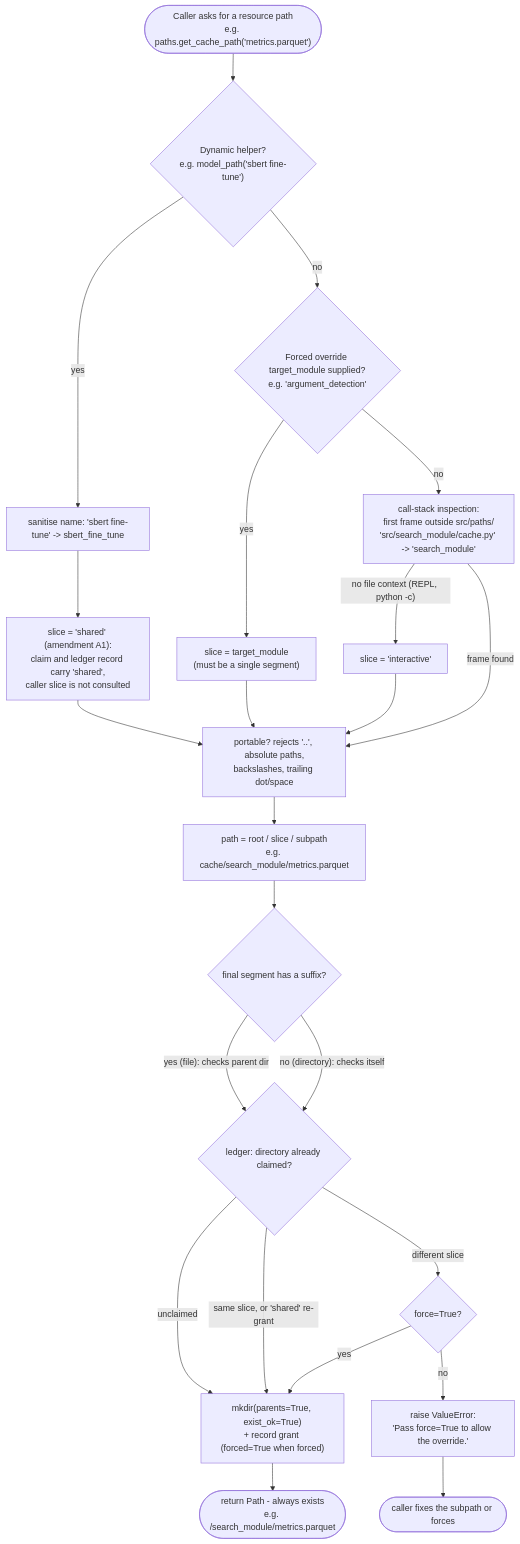
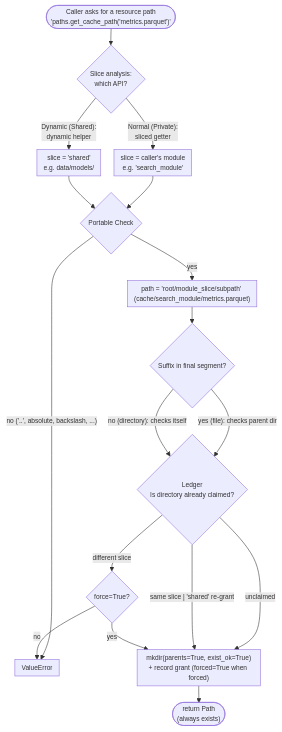
Before and after one commit to igor-sosnowicz/contradictor: the diagram in docs/UPS.md, drawn with Mermaid. The commit also changed other lines of this file and 11 other files, not shown here.

````diff
--- a/docs/UPS.md
+++ b/docs/UPS.md
@@ -39,33 +39,26 @@
 ```mermaid
+%%{init: { "theme": "default", "themeVariables": { "fontSize": "12px" }, "flowchart": { "nodeSpacing": 24, "rankSpacing": 30, "padding": 6 } }}%%
 flowchart TD
-    START(["Caller asks for a resource path<br/>e.g. paths.get_cache_path('metrics.parquet')"]) --> HELPER{"Dynamic helper?<br/>e.g. model_path('sbert fine-tune')"}
+    START(["Caller asks for a resource path<br/>'paths.get_cache_path('metrics.parquet')'"]) --> SA{"Slice analysis:<br/>which API?"}
 
-    HELPER -- yes --> NAME["sanitise name: 'sbert fine-tune' -> sbert_fine_tune"]
-    NAME --> SHARED["slice = 'shared' (amendment A1):<br/>claim and ledger record carry 'shared',<br/>caller slice is not consulted"]
+    SA -- "Normal (Private):<br/>sliced getter" --> PRIV["slice = caller's module<br/>e.g. 'search_module'"]
+    SA -- "Dynamic (Shared):<br/>dynamic helper" --> SHR["slice = 'shared'<br/>e.g. data/models/"]
 
-    HELPER -- no --> TM{"Forced override target_module supplied?<br/>e.g. 'argument_detection'"}
-    TM -- yes --> OVERRIDE["slice = target_module<br/>(must be a single segment)"]
-    TM -- no --> STACK["call-stack inspection:<br/>first frame outside src/paths/<br/>'src/search_module/cache.py' -> 'search_module'"]
-    STACK -- "no file context (REPL, python -c)" --> INTER["slice = 'interactive'"]
+    PRIV --> GUARD{"Portable Check"}
+    SHR --> GUARD
+    GUARD -- "no ('..', absolute, backslash, ...)" --> ERR["ValueError"]
+    GUARD -- yes --> SHAPE["path = 'root/module_slice/subpath' (cache/search_module/metrics.parquet)"]
 
-    SHARED --> GUARD
-    OVERRIDE --> GUARD
-    INTER --> GUARD
-    STACK -- frame found --> GUARD["portable? rejects '..', absolute paths,<br/>backslashes, trailing dot/space"]
-
-    GUARD --> SHAPE["path = root / slice / subpath<br/>e.g. cache/search_module/metrics.parquet"]
-
-    SHAPE --> SUFFIX{"final segment has a suffix?"}
+    SHAPE --> SUFFIX{"Suffix in final segment?"}
     SUFFIX -- "yes (file): checks parent dir" --> CLAIM
     SUFFIX -- "no (directory): checks itself" --> CLAIM
 
-    CLAIM{"ledger: directory already claimed?"}
+    CLAIM{"Ledger <br> Is directory already claimed?"}
     CLAIM -- unclaimed --> GRANT
-    CLAIM -- "same slice, or 'shared' re-grant" --> GRANT
+    CLAIM -- "same slice | 'shared' re-grant" --> GRANT
     CLAIM -- "different slice" --> FORCE{"force=True?"}
-    FORCE -- no --> ERR["raise ValueError:<br/>'Pass force=True to allow the override.'"]
+    FORCE -- no --> ERR
     FORCE -- yes --> GRANT["mkdir(parents=True, exist_ok=True)<br/>+ record grant (forced=True when forced)"]
 
-    ERR --> DONE(["caller fixes the subpath or forces"])
-    GRANT --> RET(["return Path - always exists<br/>e.g. <cache>/search_module/metrics.parquet"])
+    GRANT --> RET(["return Path<br>(always exists)"])
 ```
````
